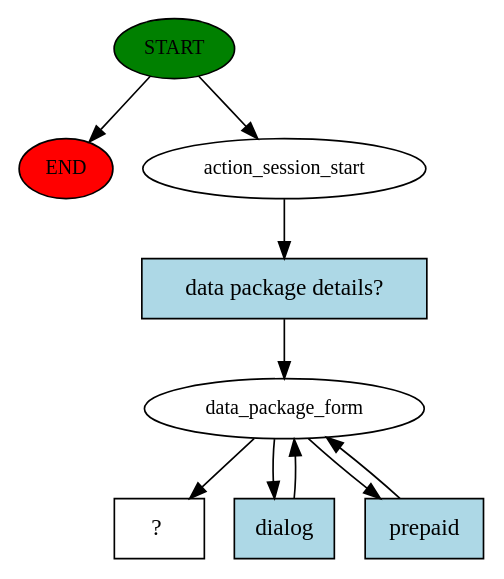
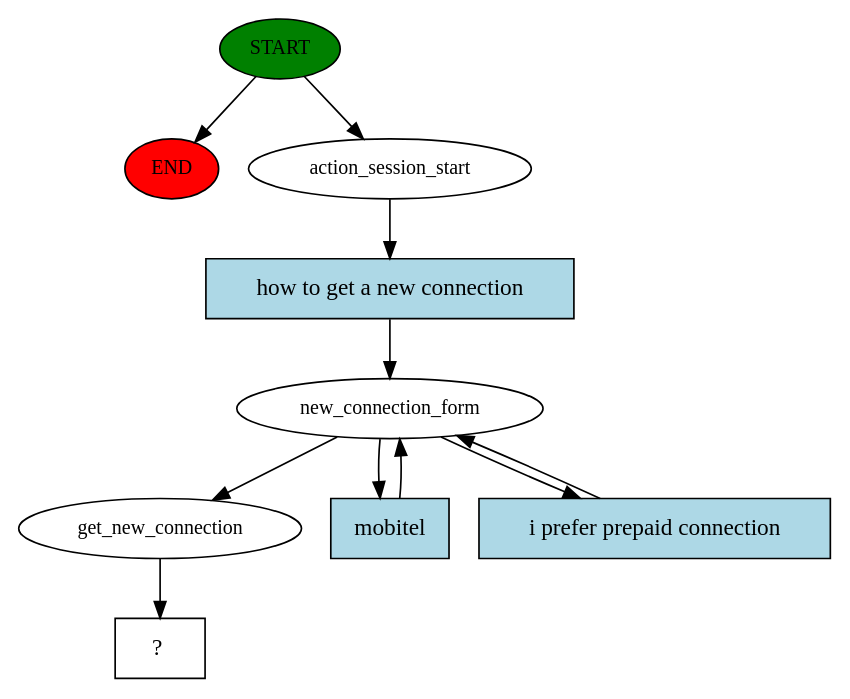
The diagram in Telecommunication/story_graph.dot (NLP-based-Chatbot/NLP), drawn with Graphviz before and after one commit. The commit also changed 41 other files, not shown here.

```diff
--- a/Telecommunication/story_graph.dot
+++ b/Telecommunication/story_graph.dot
@@ -1,19 +1,21 @@
 digraph  {
 0 [class="start active", fillcolor=green, fontsize=12, label=START, style=filled];
 "-1" [class=end, fillcolor=red, fontsize=12, label=END, style=filled];
 1 [class=active, fontsize=12, label=action_session_start];
-2 [class=active, fontsize=12, label=data_package_form];
+2 [class=active, fontsize=12, label=new_connection_form];
+5 [class=active, fontsize=12, label=get_new_connection];
 6 [class="intent dashed active", label="  ?  ", shape=rect];
-7 [class="intent active", fillcolor=lightblue, label="data package details?", shape=rect, style=filled];
-8 [class="intent active", fillcolor=lightblue, label=dialog, shape=rect, style=filled];
-9 [class="intent active", fillcolor=lightblue, label=prepaid, shape=rect, style=filled];
+7 [class="intent active", fillcolor=lightblue, label="how to get a new connection", shape=rect, style=filled];
+8 [class="intent active", fillcolor=lightblue, label=mobitel, shape=rect, style=filled];
+9 [class="intent active", fillcolor=lightblue, label="i prefer prepaid connection", shape=rect, style=filled];
 0 -> "-1"  [class="", key=NONE, label=""];
 0 -> 1  [class=active, key=NONE, label=""];
 1 -> 7  [class=active, key=0];
-2 -> 6  [class=active, key=NONE, label=""];
+2 -> 5  [class=active, key=NONE, label=""];
 2 -> 8  [class=active, key=0];
 2 -> 9  [class=active, key=0];
+5 -> 6  [class=active, key=NONE, label=""];
 7 -> 2  [class=active, key=0];
 8 -> 2  [class=active, key=0];
 9 -> 2  [class=active, key=0];
 }
```
